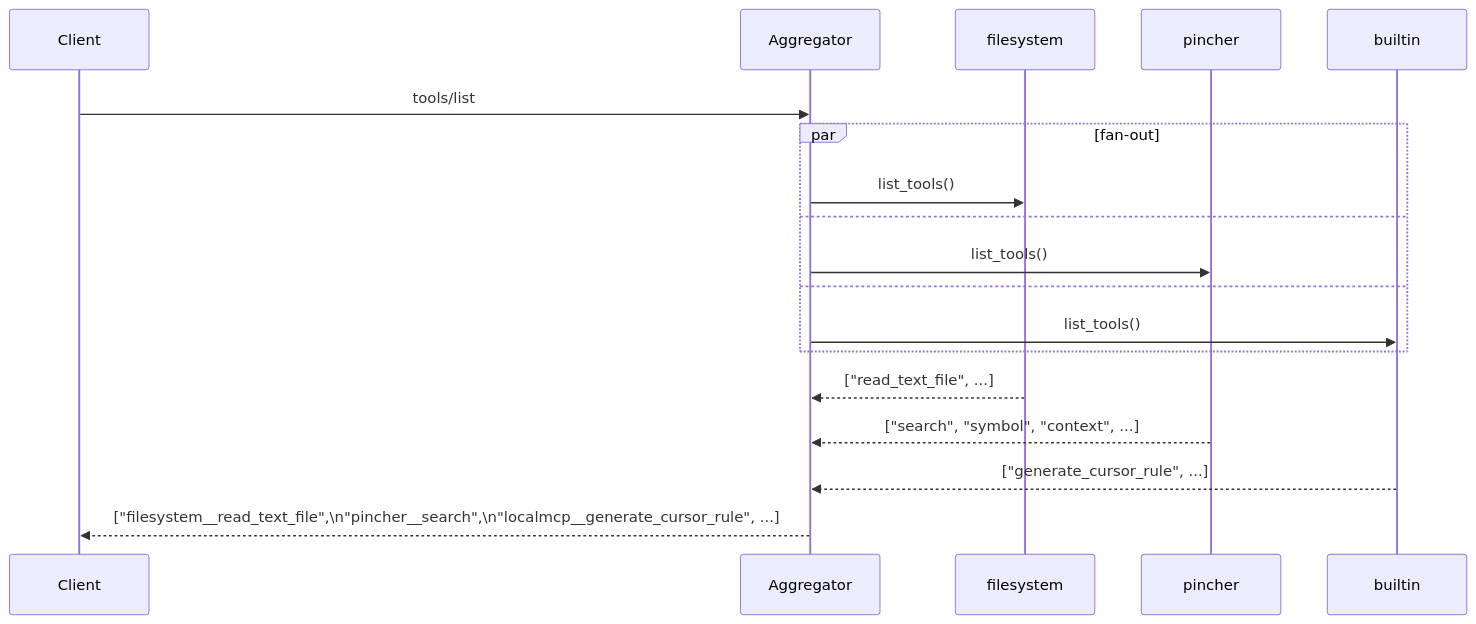
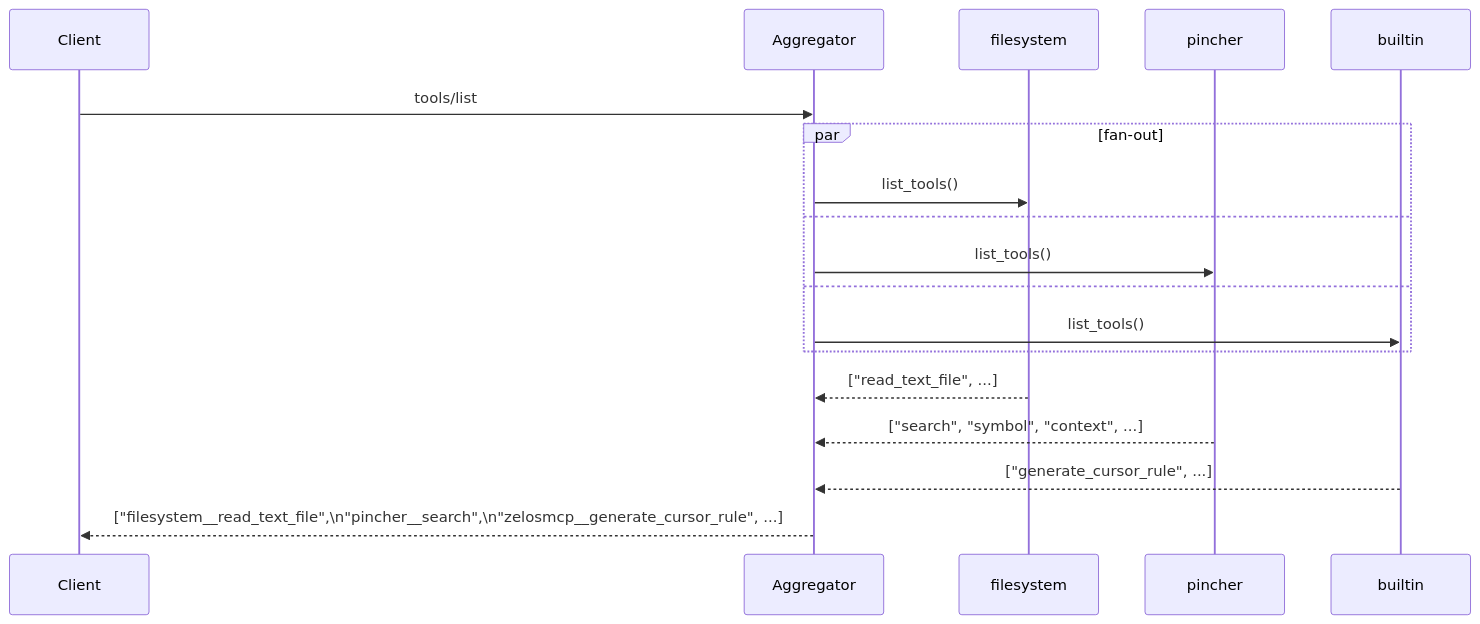
Before and after one commit to kmechlin/zelosmcp: the third of 6 diagrams in docs/architecture.md, drawn with Mermaid. The commit also changed other lines of this file and 52 other files, not shown here.

````diff
--- a/docs/architecture.md
+++ b/docs/architecture.md
@@ -83,20 +83,20 @@
 ```mermaid
 sequenceDiagram
   participant client as Client
   participant agg as Aggregator
   participant fs as filesystem
   participant pi as pincher
   participant b as builtin
   client->>agg: tools/list
   par fan-out
     agg->>fs: list_tools()
   and
     agg->>pi: list_tools()
   and
     agg->>b: list_tools()
   end
   fs-->>agg: ["read_text_file", ...]
   pi-->>agg: ["search", "symbol", "context", ...]
   b-->>agg: ["generate_cursor_rule", ...]
-  agg-->>client: ["filesystem__read_text_file",\n"pincher__search",\n"localmcp__generate_cursor_rule", ...]
+  agg-->>client: ["filesystem__read_text_file",\n"pincher__search",\n"zelosmcp__generate_cursor_rule", ...]
 ```
````
